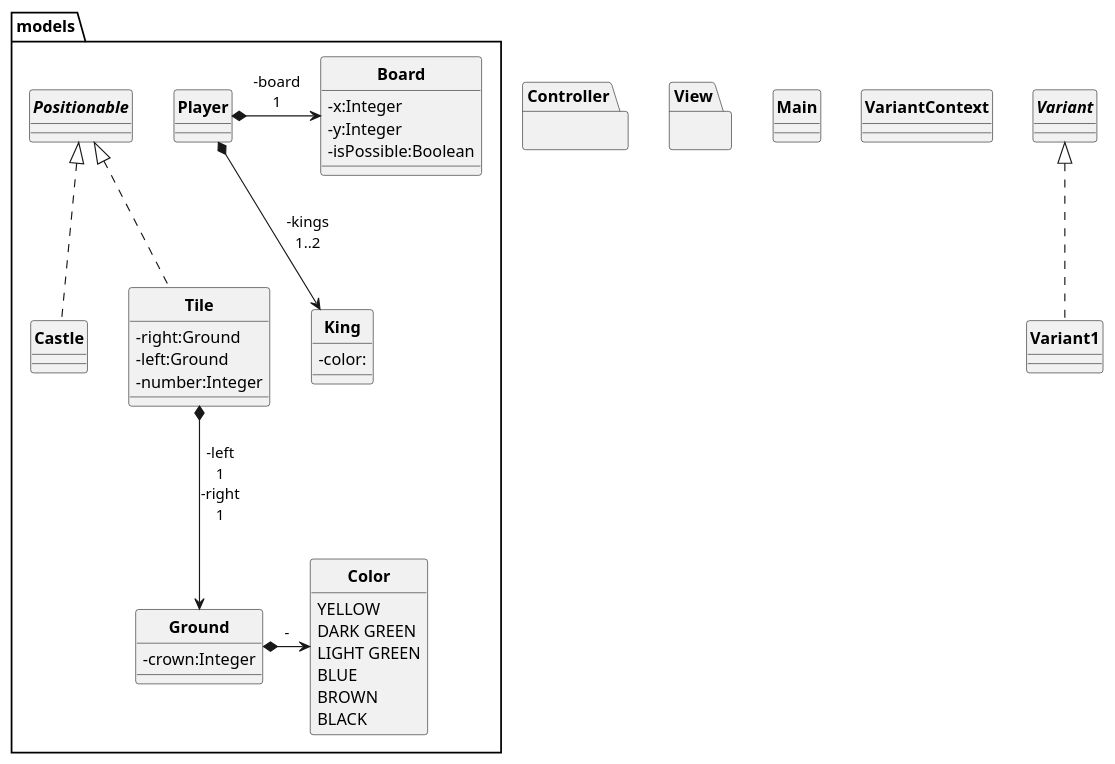
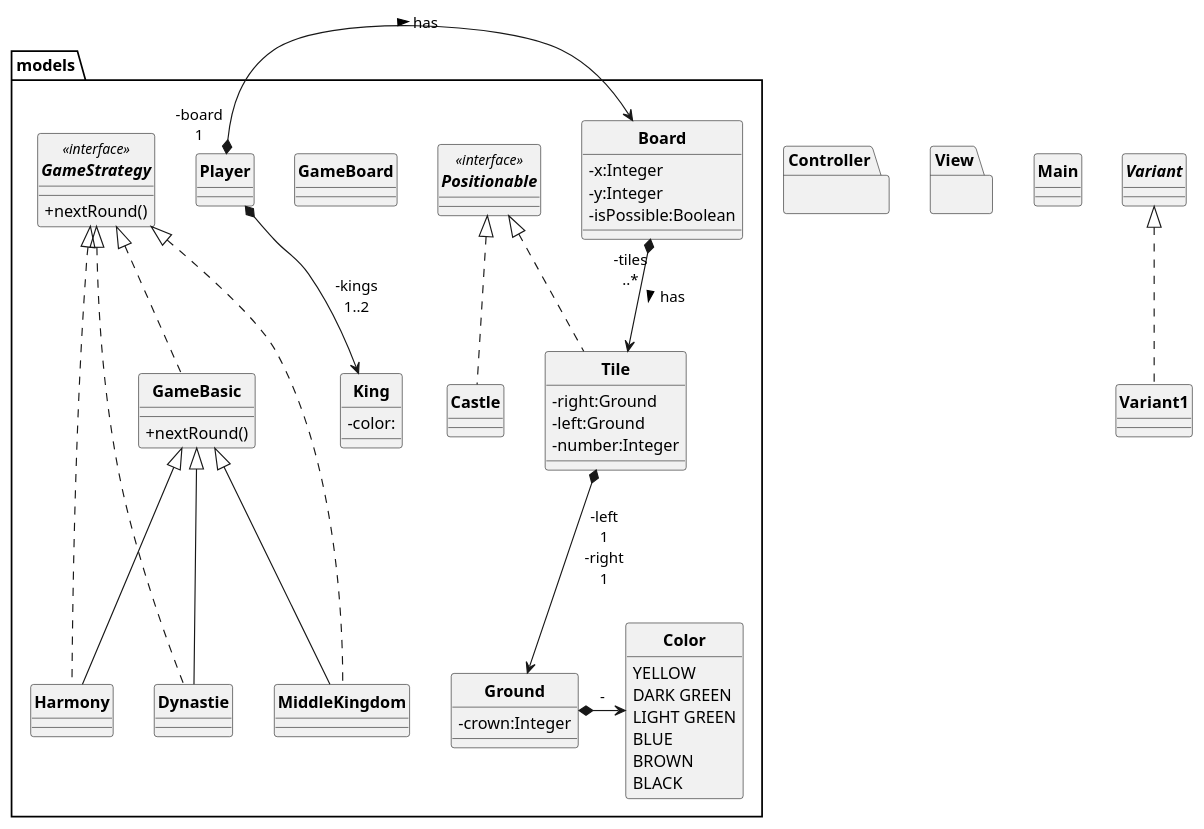
Before and after one commit to ErenMustafaGit/Kingdomino: the diagram in kingdomino/UML/init.puml, drawn with PlantUML.

Commit message:
Improved Models on the uml Close #1

```diff
--- a/kingdomino/UML/init.puml
+++ b/kingdomino/UML/init.puml
@@ -1,86 +1,109 @@
 @startuml
 skinparam style strictuml
 skinparam classAttributeIconSize 0
 skinparam classFontStyle Bold
 hide enum methods
 
 
 class Main{
 }
 
 
 
 package models{
+
+    class GameBoard{
+
+    }
 
     class King{
         -color:
     }
 
     class Player{
 
     }
 
     class Board{
         -x:Integer
         -y:Integer
         -isPossible:Boolean
     }
 
     class Ground{
         -crown:Integer
     }
 
 
-    interface Positionable{
+    interface Positionable <<interface>>{
     }
 
     class Castle implements Positionable{
     }
 
     class Tile implements Positionable{
         -right:Ground
         -left:Ground
         -number:Integer
     }
 
+
     enum Color{
         YELLOW
         DARK GREEN
         LIGHT GREEN
         BLUE
         BROWN
         BLACK
     }
+
+
+    interface GameStrategy <<interface>>{
+        +nextRound()
+    }
+
+    class GameBasic implements GameStrategy{
+        +nextRound()
+    }
+
+    class Dynastie extends GameBasic implements GameStrategy{
+
+    }
+    class MiddleKingdom extends GameBasic implements GameStrategy{
+
+    }
+    class Harmony extends GameBasic implements GameStrategy{
+
+    }
+
 }
 
 Ground *-> Color : "-"
 
+Board "-tiles\n..*"  *-->  Tile : has >
 Player *--> King : "-kings\n1..2"
-Player *-> Board : "-board\n1"
+Player "-board\n1" *-> Board : has >
 Tile *--> Ground :  "-left\n1\n-right\n1"
 
 
-class VariantContext{
-
-}
 
 interface Variant{
 
 }
 
 class Variant1 implements Variant{
 }
 
 
 package Controller{
 
 }
 
 
 package View{
 
 }
 
 
 
 @enduml
```
